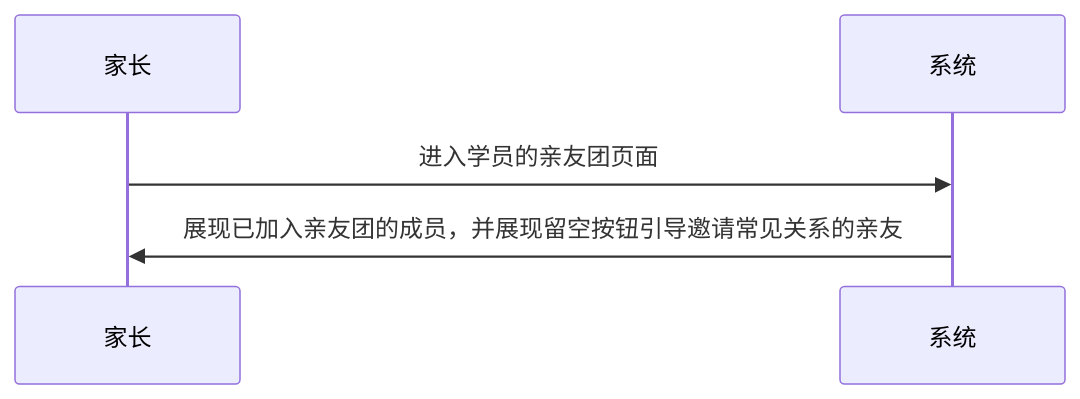
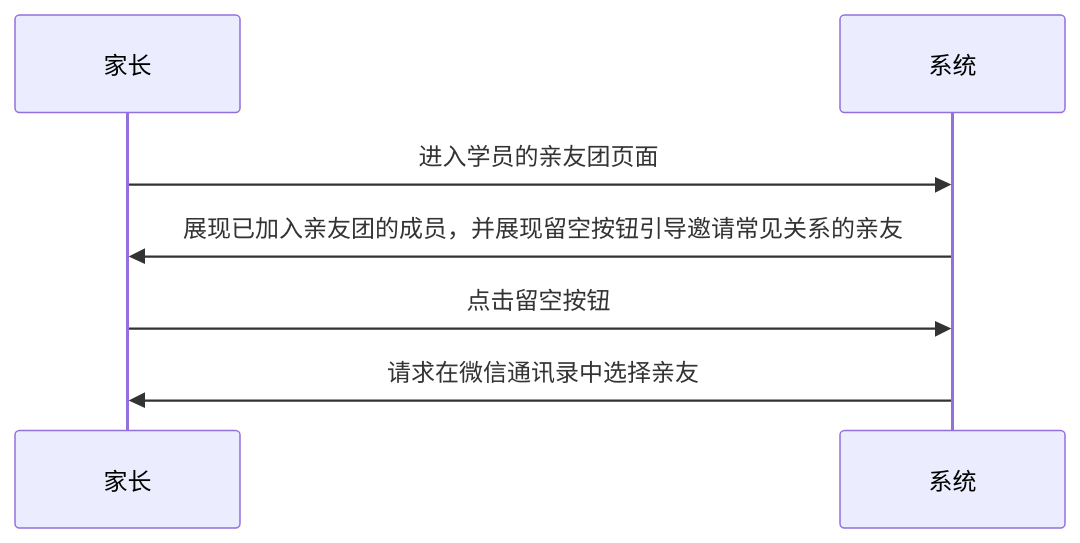
One commit to world-wide-web/sign changed the first of 2 diagrams in 用例/家长-学员关系绑定.md. Above: the diagram before and after it, drawn with Mermaid. The commit also changed other lines of this file, not shown here.

````diff
--- a/用例/家长-学员关系绑定.md
+++ b/用例/家长-学员关系绑定.md
@@ -10,10 +10,12 @@
 ```mermaid
 sequenceDiagram
 
 家长->>系统: 进入学员的亲友团页面
 
 系统->>家长: 展现已加入亲友团的成员，并展现留空按钮引导邀请常见关系的亲友
 
+家长->>系统: 点击留空按钮
 
+系统->>家长: 请求在微信通讯录中选择亲友
 
 ```
````
